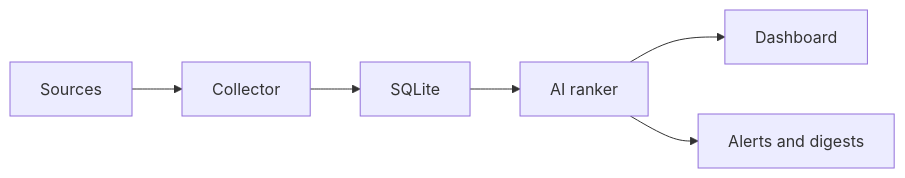
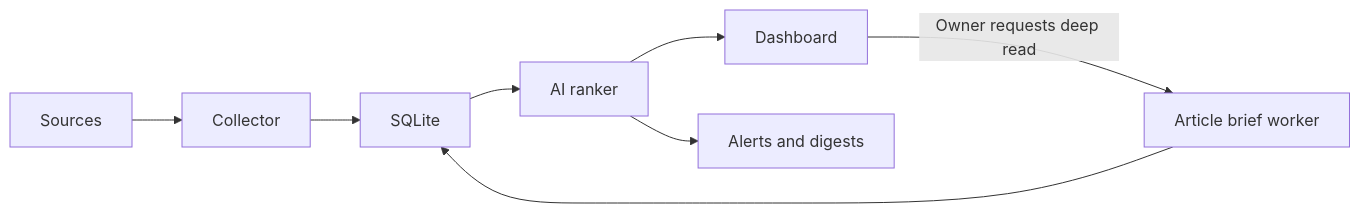
The diagram in README.md (sinmentis/beehive), drawn with Mermaid before and after one commit. The commit also changed other lines of this file and 54 other files, not shown here.

````diff
--- a/README.md
+++ b/README.md
@@ -47,8 +51,10 @@
 ```mermaid
 flowchart LR
     Sources --> Collector
     Collector --> SQLite
     SQLite --> Ranker["AI ranker"]
     Ranker --> Dashboard
     Ranker --> Email["Alerts and digests"]
+    Dashboard -->|"Owner requests deep read"| DeepRead["Article brief worker"]
+    DeepRead --> SQLite
 ```
````
